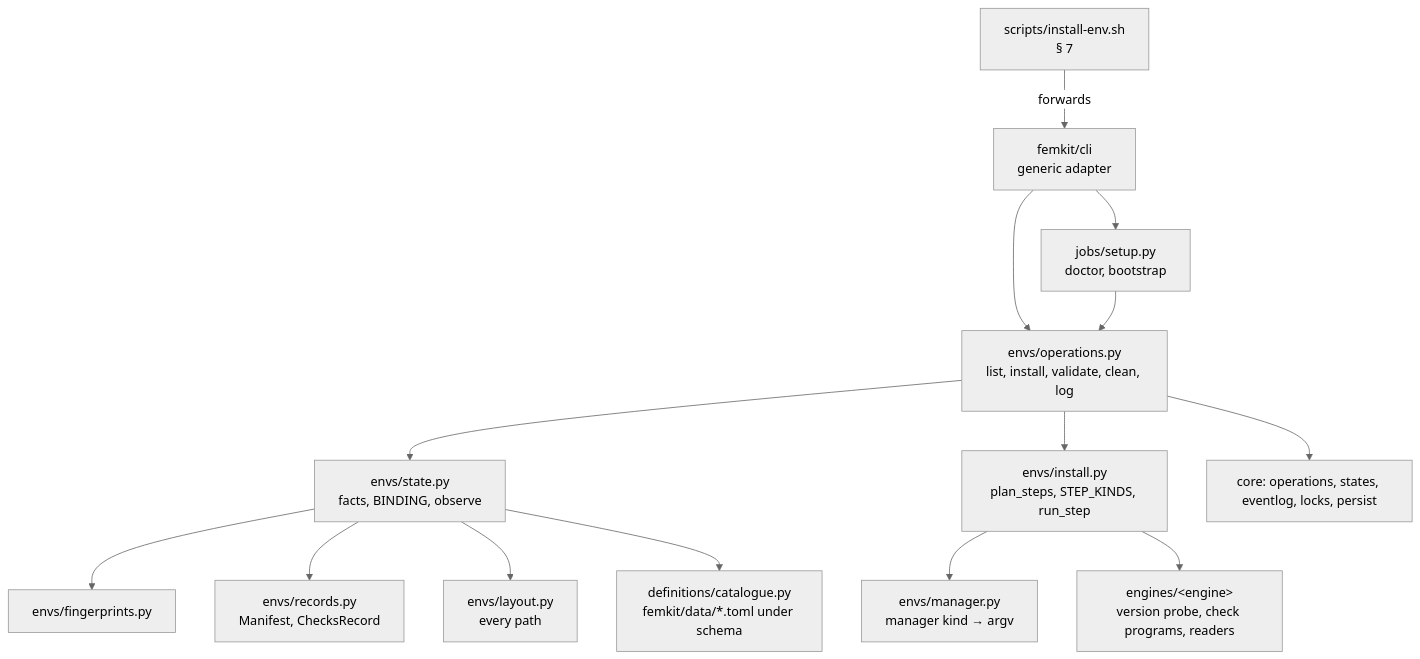
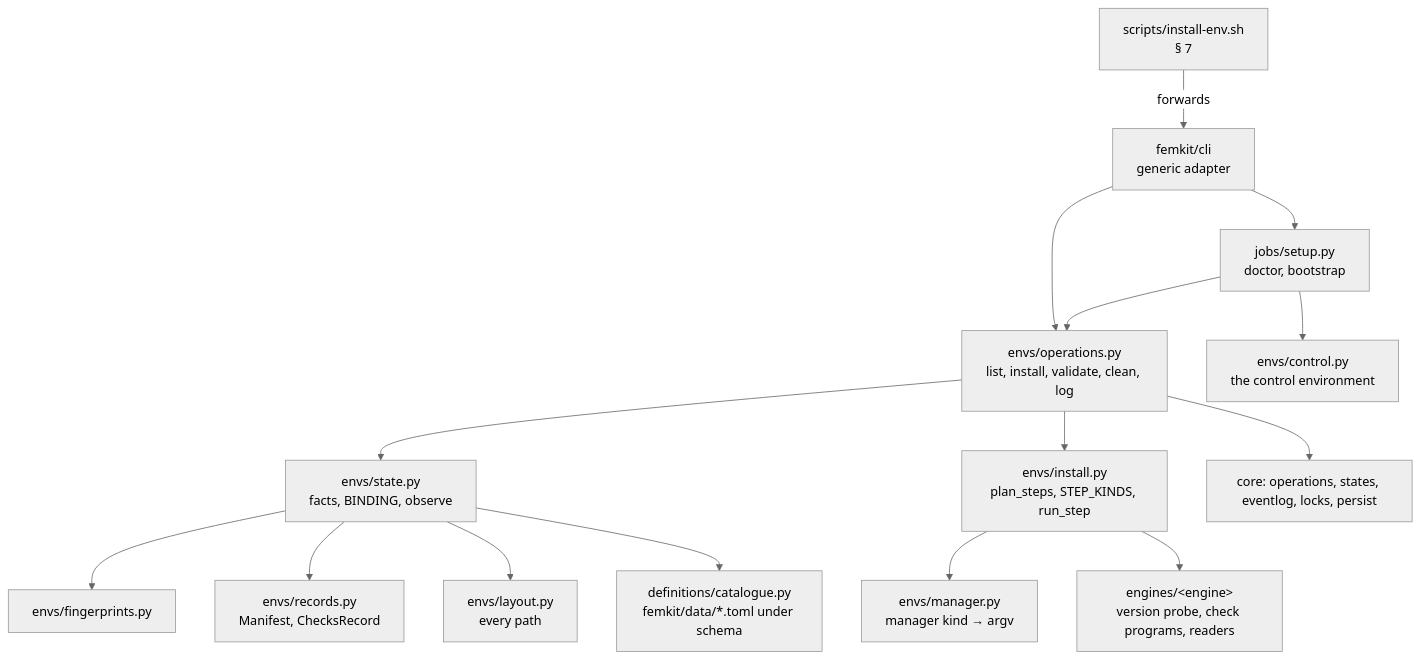
Diagram 11 of 11 in docs/contracts/envs.md (Qing-LAB/femkit), drawn with Mermaid (neutral theme) before and after one commit. The commit also changed other lines of this file and 512 other files, not shown here.

````diff
--- a/docs/contracts/envs.md
+++ b/docs/contracts/envs.md
@@ -807,16 +1051,17 @@
 ```mermaid
 flowchart TD
     sh["scripts/install-env.sh<br/>§ 7"] -->|forwards| cli["femkit/cli<br/>generic adapter"]
     cli --> ops["envs/operations.py<br/>list, install, validate, clean, log"]
     cli --> setup["jobs/setup.py<br/>doctor, bootstrap"]
+    setup --> control["envs/control.py<br/>the control environment"]
     setup --> ops
     ops --> state["envs/state.py<br/>facts, BINDING, observe"]
     ops --> inst["envs/install.py<br/>plan_steps, STEP_KINDS, run_step"]
     state --> fp["envs/fingerprints.py"]
     state --> rec["envs/records.py<br/>Manifest, ChecksRecord"]
     state --> lay["envs/layout.py<br/>every path"]
     inst --> mgr["envs/manager.py<br/>manager kind → argv"]
     inst --> eng["engines/&lt;engine&gt;<br/>version probe, check programs, readers"]
     state --> cat["definitions/catalogue.py<br/>femkit/data/*.toml under schema"]
     ops --> core["core: operations, states, eventlog, locks, persist"]
 ```
````
